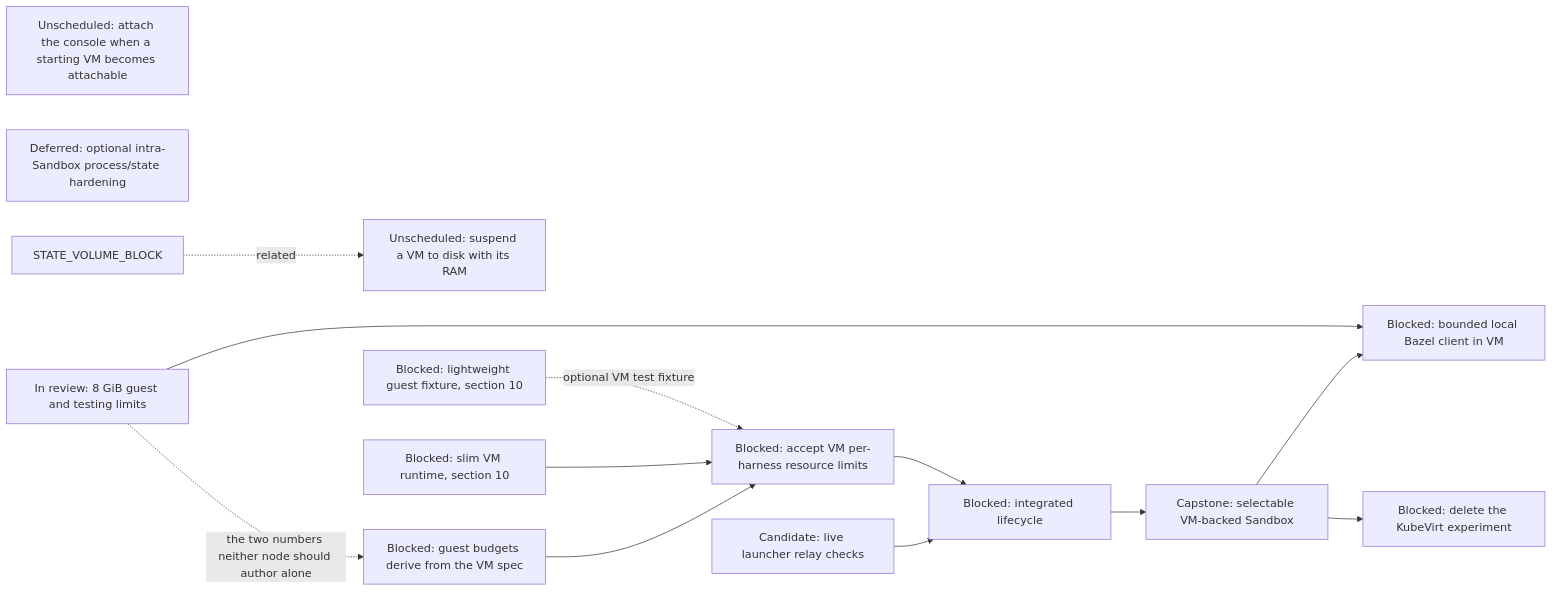
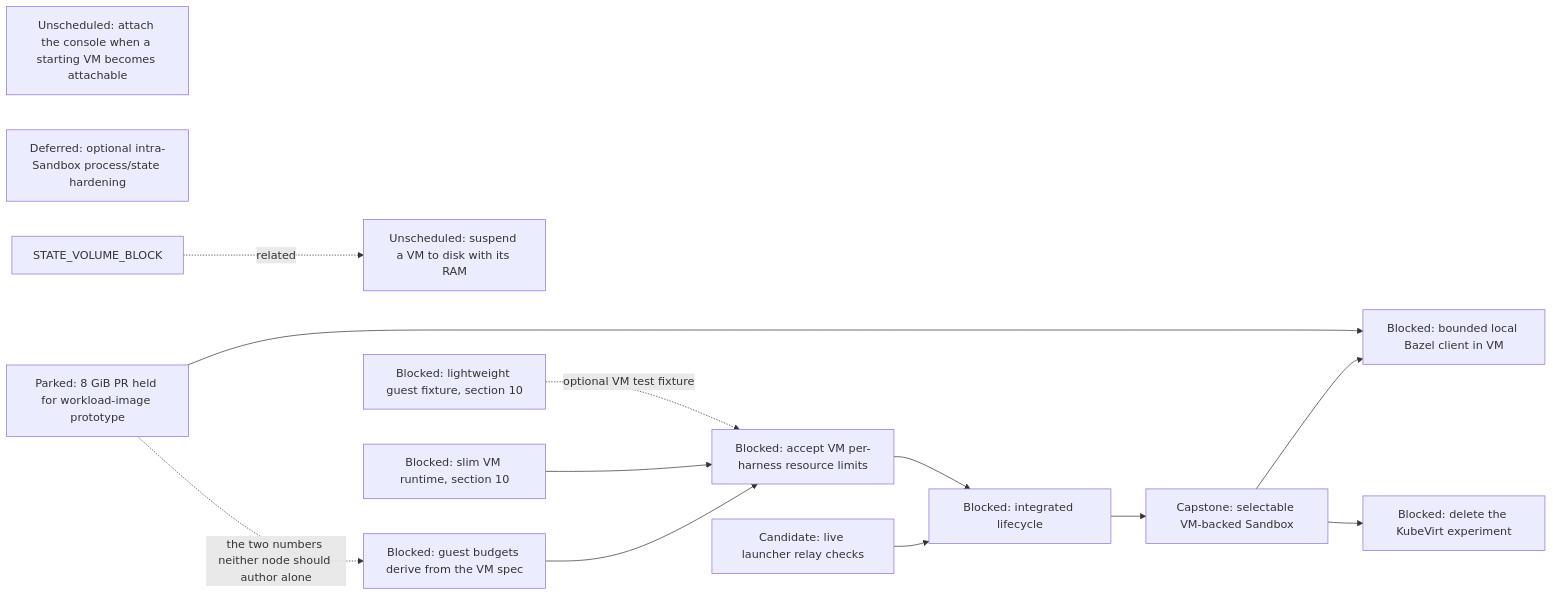
The sixth of 16 diagrams in agentplane/plans/task_dag.md (agentydragon-agent/ducktape), drawn with Mermaid before and after one commit. The commit also changed other lines of this file and 5 other files, not shown here.

First line of the commit message:
agentplane: prove workload-image tool execution (#10789)

````diff
--- a/agentplane/plans/task_dag.md
+++ b/agentplane/plans/task_dag.md
@@ -413,24 +413,24 @@
 ```mermaid
 flowchart LR
     VM_EGRESS[Candidate: live launcher relay checks]
     VM_RAM_SUSPEND[Unscheduled: suspend a VM to disk with its RAM]
     VM_CONSOLE_DEFERRED_ATTACH[Unscheduled: attach the console when a starting VM becomes attachable]
     VM_HARNESS_RESOURCE_LIMITS[Blocked: accept VM per-harness resource limits]
     VM_INTRA_SANDBOX_HARDENING[Deferred: optional intra-Sandbox process/state hardening]
     RUNNER_LAYERING_VM[Blocked: slim VM runtime, section 10]
     K3S_VM_IMAGE[Blocked: lightweight guest fixture, section 10]
     VM_LIFECYCLE[Blocked: integrated lifecycle]
     STATE_VOLUME_BLOCK -. related .-> VM_RAM_SUSPEND
     VM_EGRESS --> VM_LIFECYCLE
     VM_HARNESS_RESOURCE_LIMITS --> VM_LIFECYCLE
     VM_GUEST_BUDGET_DERIVE --> VM_HARNESS_RESOURCE_LIMITS
     RUNNER_LAYERING_VM --> VM_HARNESS_RESOURCE_LIMITS
     K3S_VM_IMAGE -. optional VM test fixture .-> VM_HARNESS_RESOURCE_LIMITS
     VM_LIFECYCLE --> SANDBOX_VM_ISOLATION[Capstone: selectable VM-backed Sandbox]
-    VM_GUEST_MEMORY[In review: 8 GiB guest and testing limits]
+    VM_GUEST_MEMORY[Parked: 8 GiB PR held for workload-image prototype]
     VM_GUEST_BUDGET_DERIVE[Blocked: guest budgets derive from the VM spec]
     VM_GUEST_MEMORY -. the two numbers neither node should author alone .-> VM_GUEST_BUDGET_DERIVE
     SANDBOX_VM_ISOLATION --> LOCAL_BAZEL[Blocked: bounded local Bazel client in VM]
     VM_GUEST_MEMORY --> LOCAL_BAZEL
     SANDBOX_VM_ISOLATION --> KUBEVIRT_EXPERIMENT_RETIRE[Blocked: delete the KubeVirt experiment]
 ```
````
